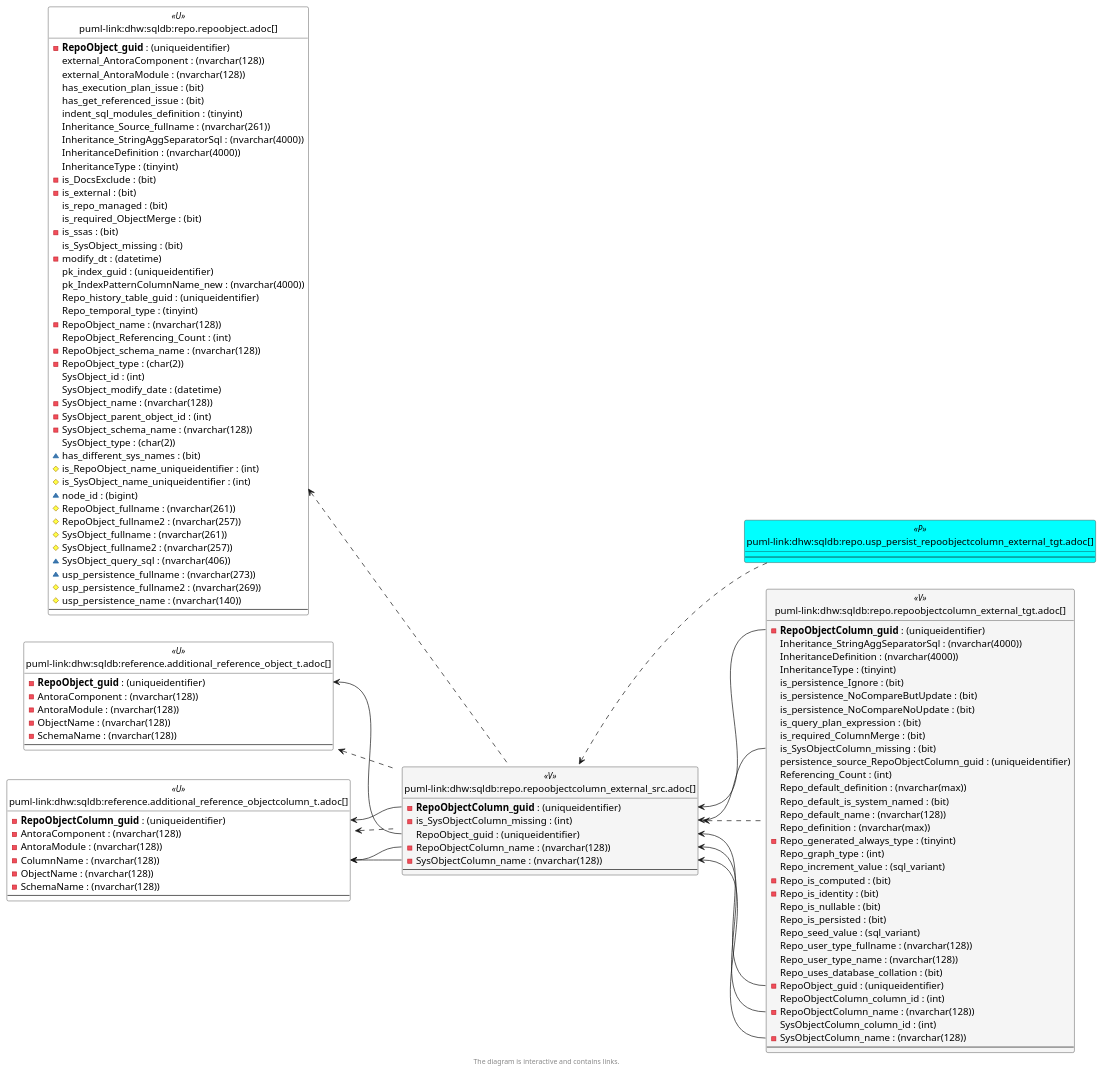
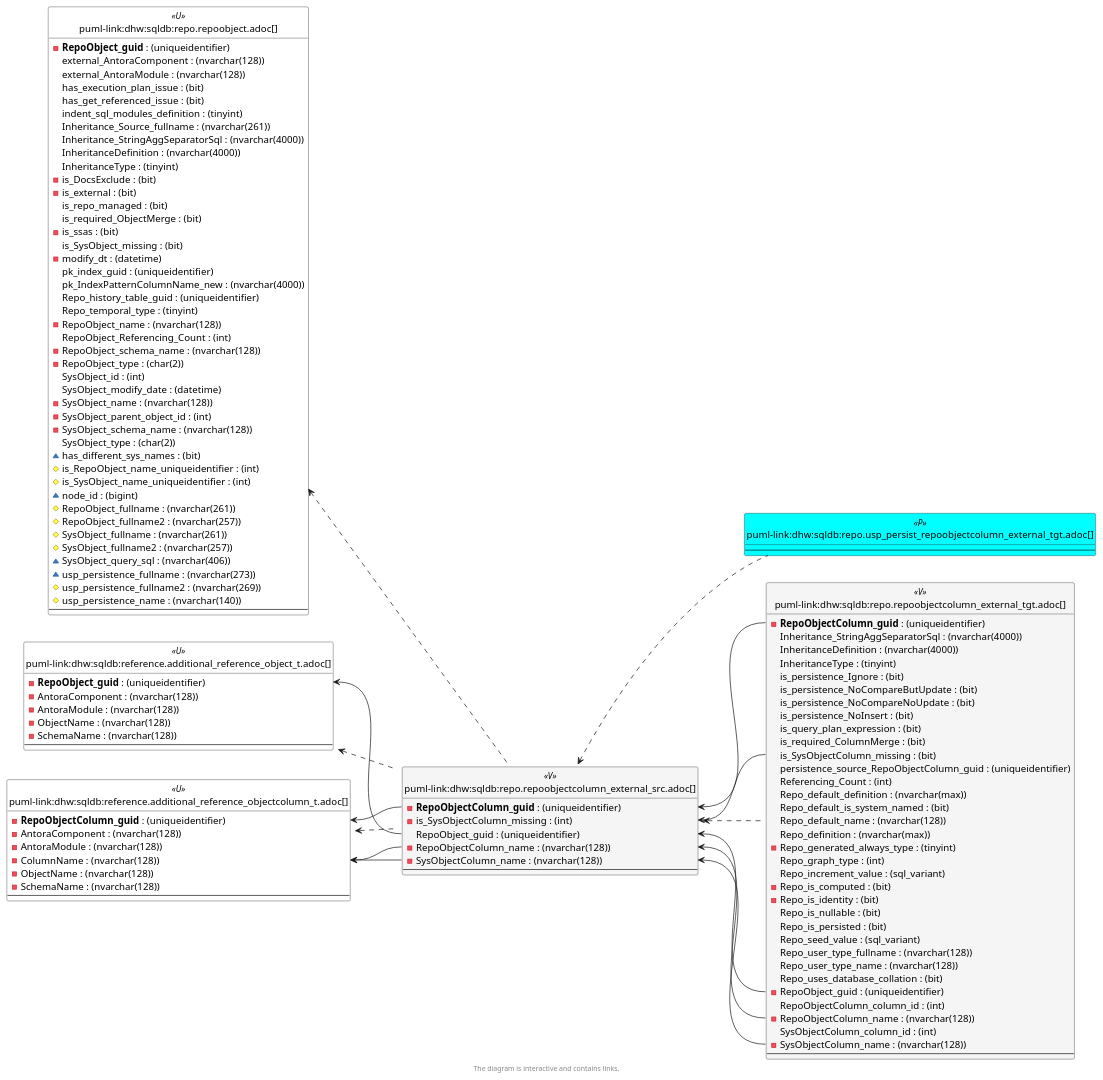
The sixth of 6 diagrams in docs/modules/sqldb/partials/content/repo.repoobjectcolumn_external_src.adoc (DataHandwerk/dhw-antora-sqldb), drawn with PlantUML before and after one commit. The commit also changed other lines of this file and 701 other files, not shown here.

```diff
--- a/docs/modules/sqldb/partials/content/repo.repoobjectcolumn_external_src.adoc
+++ b/docs/modules/sqldb/partials/content/repo.repoobjectcolumn_external_src.adoc
@@ -2959,6 +2985,7 @@
   is_persistence_Ignore : (bit)
   is_persistence_NoCompareButUpdate : (bit)
   is_persistence_NoCompareNoUpdate : (bit)
+  is_persistence_NoInsert : (bit)
   is_query_plan_expression : (bit)
   is_required_ColumnMerge : (bit)
   is_SysObjectColumn_missing : (bit)
@@ -2997,8 +3024,8 @@
 repo.RepoObjectColumn_external_src <.. repo.RepoObjectColumn_external_tgt
 repo.RepoObjectColumn_external_src <.. repo.usp_PERSIST_RepoObjectColumn_external_tgt
 "reference.additional_Reference_Object_T::RepoObject_guid" <-- "repo.RepoObjectColumn_external_src::RepoObject_guid"
+"reference.additional_Reference_ObjectColumn_T::ColumnName" <-- "repo.RepoObjectColumn_external_src::RepoObjectColumn_name"
 "reference.additional_Reference_ObjectColumn_T::ColumnName" <-- "repo.RepoObjectColumn_external_src::SysObjectColumn_name"
-"reference.additional_Reference_ObjectColumn_T::ColumnName" <-- "repo.RepoObjectColumn_external_src::RepoObjectColumn_name"
 "reference.additional_Reference_ObjectColumn_T::RepoObjectColumn_guid" <-- "repo.RepoObjectColumn_external_src::RepoObjectColumn_guid"
 "repo.RepoObjectColumn_external_src::is_SysObjectColumn_missing" <-- "repo.RepoObjectColumn_external_tgt::is_SysObjectColumn_missing"
 "repo.RepoObjectColumn_external_src::RepoObject_guid" <-- "repo.RepoObjectColumn_external_tgt::RepoObject_guid"
```
